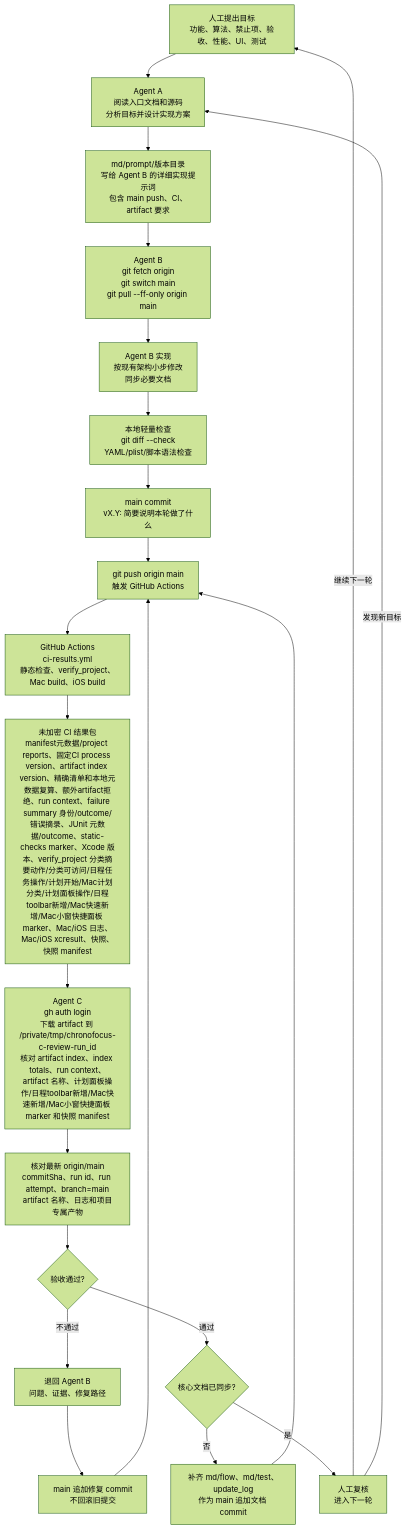
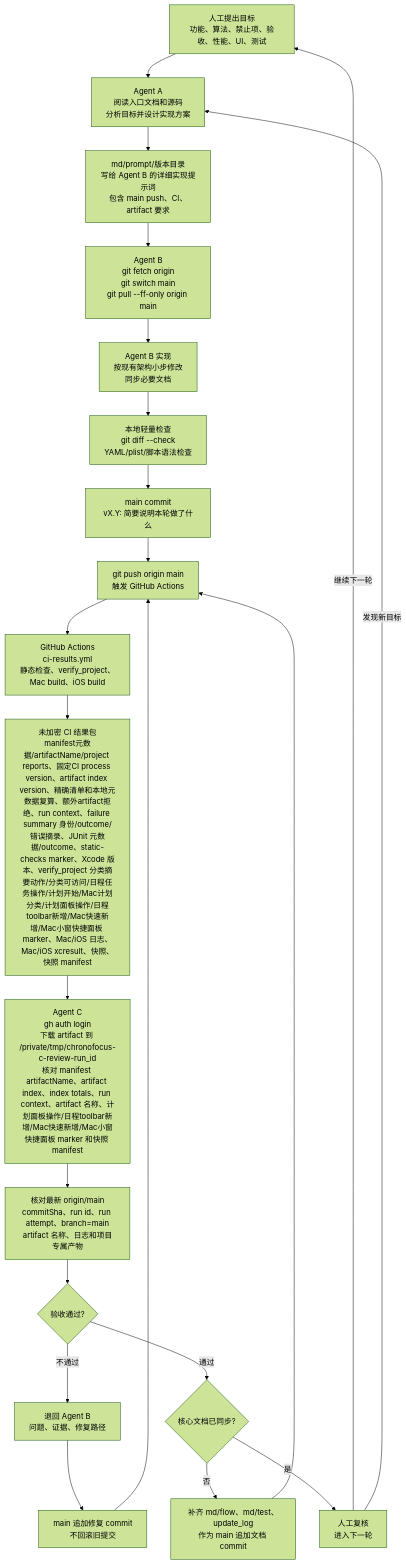
One commit to Altman-sam114/114 changed the fifth of 6 diagrams in md/flow/flowchart.md. Above: the diagram before and after it, drawn with Mermaid (forest theme). The commit also changed other lines of this file and 8 other files, not shown here.

````diff
--- a/md/flow/flowchart.md
+++ b/md/flow/flowchart.md
@@ -102,24 +102,24 @@
 ```mermaid
 flowchart TD
   H["人工提出目标<br/>功能、算法、禁止项、验收、性能、UI、测试"] --> A["Agent A<br/>阅读入口文档和源码<br/>分析目标并设计实现方案"]
   A --> P["md/prompt/版本目录<br/>写给 Agent B 的详细实现提示词<br/>包含 main push、CI、artifact 要求"]
   P --> B0["Agent B<br/>git fetch origin<br/>git switch main<br/>git pull --ff-only origin main"]
   B0 --> B1["Agent B 实现<br/>按现有架构小步修改<br/>同步必要文档"]
   B1 --> L["本地轻量检查<br/>git diff --check<br/>YAML/plist/脚本语法检查"]
   L --> G["main commit<br/>vX.Y: 简要说明本轮做了什么"]
   G --> PUSH["git push origin main<br/>触发 GitHub Actions"]
   PUSH --> CI["GitHub Actions<br/>ci-results.yml<br/>静态检查、verify_project、Mac build、iOS build"]
-  CI --> ART["未加密 CI 结果包<br/>manifest元数据/project reports、固定CI process version、artifact index version、精确清单和本地元数据复算、额外artifact拒绝、run context、failure summary 身份/outcome/错误摘录、JUnit 元数据/outcome、static-checks marker、Xcode 版本、verify_project 分类摘要动作/分类可访问/日程任务操作/计划开始/Mac计划分类/计划面板操作/日程toolbar新增/Mac快速新增/Mac小窗快捷面板 marker、Mac/iOS 日志、Mac/iOS xcresult、快照、快照 manifest"]
-  ART --> C["Agent C<br/>gh auth login<br/>下载 artifact 到 /private/tmp/chronofocus-c-review-run_id<br/>核对 artifact index、index totals、run context、artifact 名称、计划面板操作/日程toolbar新增/Mac快速新增/Mac小窗快捷面板 marker 和快照 manifest"]
+  CI --> ART["未加密 CI 结果包<br/>manifest元数据/artifactName/project reports、固定CI process version、artifact index version、精确清单和本地元数据复算、额外artifact拒绝、run context、failure summary 身份/outcome/错误摘录、JUnit 元数据/outcome、static-checks marker、Xcode 版本、verify_project 分类摘要动作/分类可访问/日程任务操作/计划开始/Mac计划分类/计划面板操作/日程toolbar新增/Mac快速新增/Mac小窗快捷面板 marker、Mac/iOS 日志、Mac/iOS xcresult、快照、快照 manifest"]
+  ART --> C["Agent C<br/>gh auth login<br/>下载 artifact 到 /private/tmp/chronofocus-c-review-run_id<br/>核对 manifest artifactName、artifact index、index totals、run context、artifact 名称、计划面板操作/日程toolbar新增/Mac快速新增/Mac小窗快捷面板 marker 和快照 manifest"]
   C --> V["核对最新 origin/main<br/>commitSha、run id、run attempt、branch=main<br/>artifact 名称、日志和项目专属产物"]
   V --> PASS{"验收通过?"}
   PASS -->|不通过| BACK["退回 Agent B<br/>问题、证据、修复路径"]
   BACK --> FIX["main 追加修复 commit<br/>不回滚旧提交"]
   FIX --> PUSH
   PASS -->|通过| DOC{"核心文档已同步?"}
   DOC -->|否| D["补齐 md/flow、md/test、update_log<br/>作为 main 追加文档 commit"]
   D --> PUSH
   DOC -->|是| J["人工复核<br/>进入下一轮"]
   J -->|继续下一轮| H
   J -->|发现新目标| A
 ```
````
